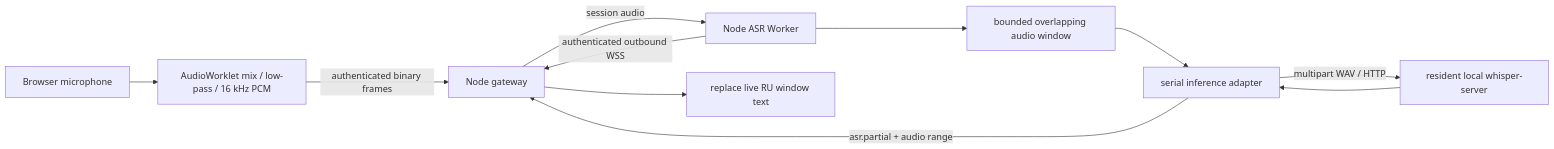
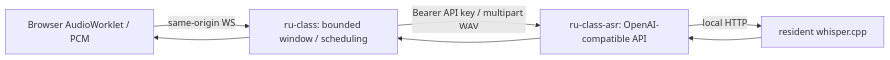
One commit to Ran-ying/ru-class changed the diagram in docs/architecture.md. Above: the diagram before and after it, drawn with Mermaid. The commit also changed other lines of this file and 27 other files, not shown here.

Commit message:
feat: connect independent ASR API and scope toolbar to right pane

````diff
--- a/docs/architecture.md
+++ b/docs/architecture.md
@@ -3,13 +5,7 @@
 ```mermaid
 flowchart LR
-  A[Browser microphone] --> B[AudioWorklet mix / low-pass / 16 kHz PCM]
-  B -->|authenticated binary frames| C[Node gateway]
-  W[Node ASR Worker] -->|authenticated outbound WSS| C
-  C -->|session audio| W
-  W --> D[bounded overlapping audio window]
-  D --> E[serial inference adapter]
-  E -->|multipart WAV / HTTP| F[resident local whisper-server]
-  F --> E
-  E -->|asr.partial + audio range| C
-  C --> G[replace live RU window text]
+  B[Browser AudioWorklet / PCM] -->|same-origin WS| M[ru-class: bounded window / scheduling]
+  M -->|Bearer API key / multipart WAV| A[ru-class-asr: OpenAI-compatible API]
+  A -->|local HTTP| W[resident whisper.cpp]
+  W --> A --> M --> B
 ```
````
